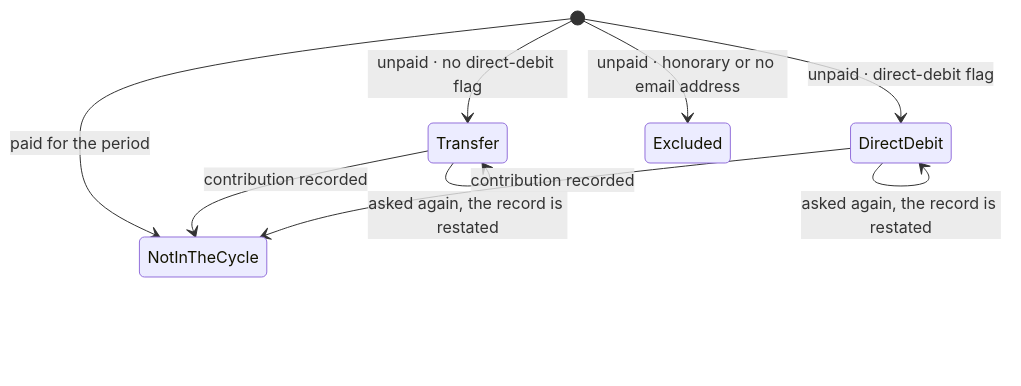
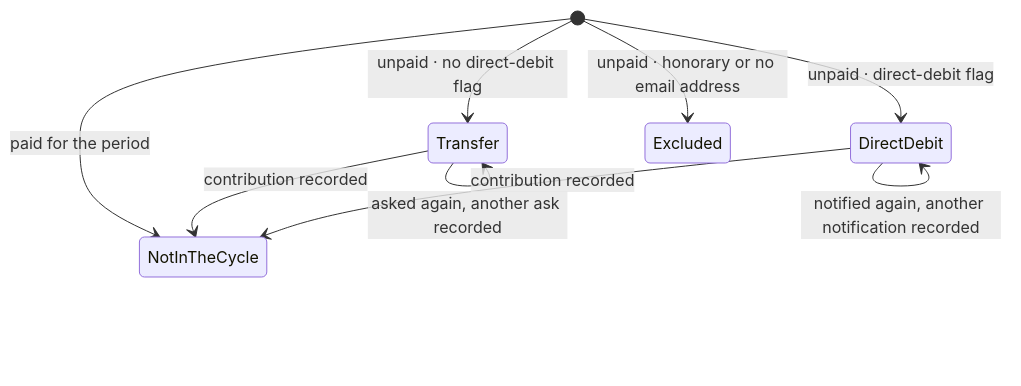
Before and after one commit to ESA-Blueshell/website: the first of 3 diagrams in docs/flows/fee-cycle/README.md, drawn with Mermaid. The commit also changed other lines of this file and 42 other files, not shown here.

````diff
--- a/docs/flows/fee-cycle/README.md
+++ b/docs/flows/fee-cycle/README.md
@@ -30,11 +30,11 @@
 ```mermaid
 stateDiagram-v2
     [*] --> NotInTheCycle: paid for the period
     [*] --> Transfer: unpaid · no direct-debit flag
     [*] --> DirectDebit: unpaid · direct-debit flag
     [*] --> Excluded: unpaid · honorary or no email address
-    Transfer --> Transfer: asked again, the record is restated
-    DirectDebit --> DirectDebit: asked again, the record is restated
+    Transfer --> Transfer: asked again, another ask recorded
+    DirectDebit --> DirectDebit: notified again, another notification recorded
     Transfer --> NotInTheCycle: contribution recorded
     DirectDebit --> NotInTheCycle: contribution recorded
 ```
````
